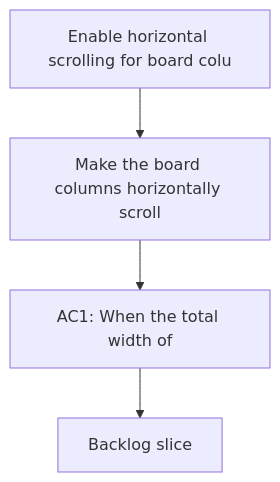
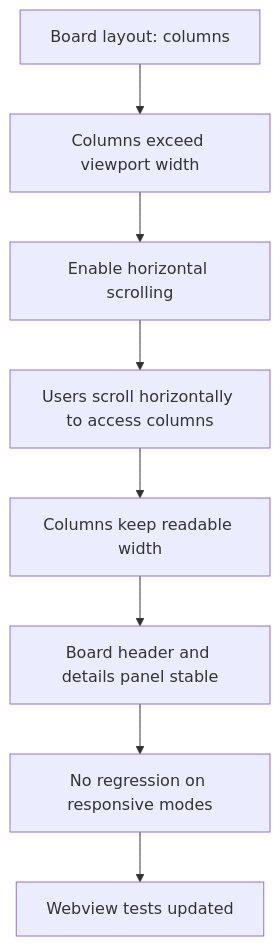
Before and after one commit to AlexAgo83/logics-manager: the diagram in logics/request/req_032_enable_horizontal_scrolling_for_board_columns.md, drawn with Mermaid. The commit also changed other lines of this file and 54 other files, not shown here.

````diff
--- a/logics/request/req_032_enable_horizontal_scrolling_for_board_columns.md
+++ b/logics/request/req_032_enable_horizontal_scrolling_for_board_columns.md
@@ -10,8 +10,12 @@
 ```mermaid
 %% logics-kind: request
 %% logics-signature: request|enable-horizontal-scrolling-for-board-co|make-the-board-columns-horizontally-scro|ac1-when-the-total-width-of
 flowchart TD
-    Trigger[Enable horizontal scrolling for board colu] --> Need[Make the board columns horizontally scroll]
-    Need --> Outcome[AC1: When the total width of]
-    Outcome --> Backlog[Backlog slice]
+    A[Board layout: columns] --> B[Columns exceed viewport width]
+    B --> C[Enable horizontal scrolling]
+    C --> D[Users scroll horizontally to access columns]
+    D --> E[Columns keep readable width]
+    E --> F[Board header and details panel stable]
+    F --> G[No regression on responsive modes]
+    G --> H[Webview tests updated]
 ```
````
